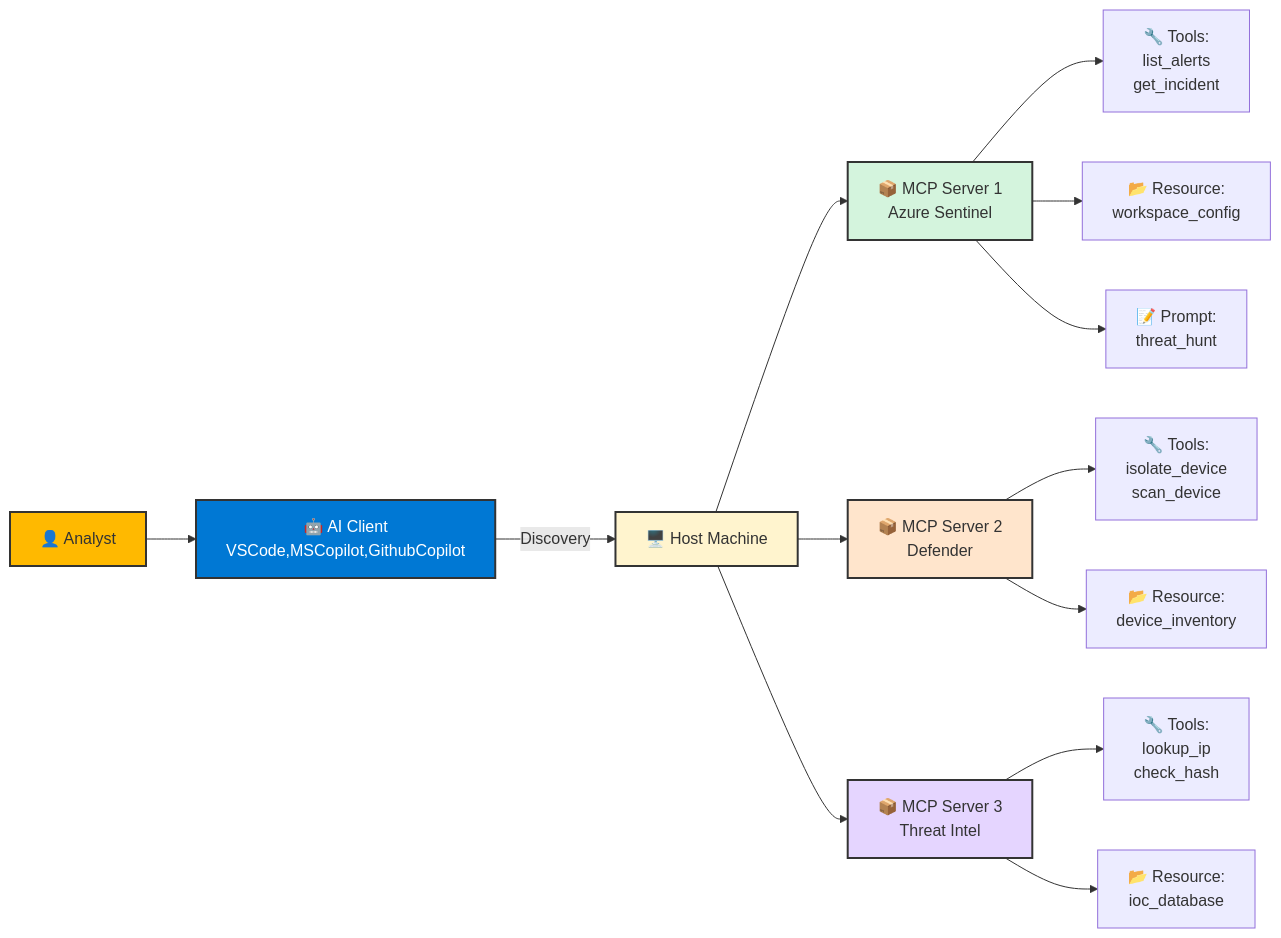
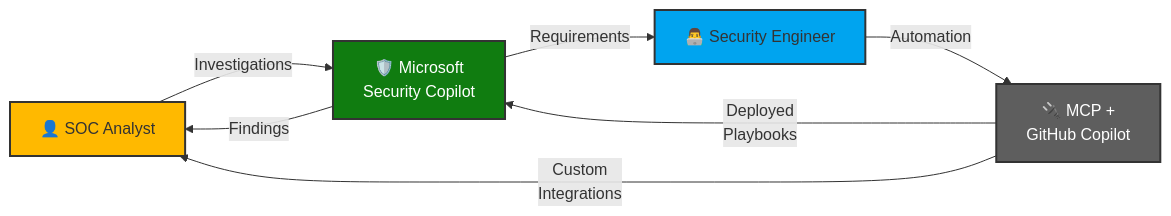
The third of 7 diagrams in MCP/RakeshDoc.md (RakeshPrasad21/Rakesh-Prasad), drawn with Mermaid before and after one commit. The commit also changed other lines of this file, not shown here.

````diff
--- a/MCP/RakeshDoc.md
+++ b/MCP/RakeshDoc.md
@@ -296,27 +423,16 @@
 ```mermaid
 graph LR
-    User[👤 Analyst] --> AI[🤖 AI Client<br/>VSCode,MSCopilot,GithubCopilot ]
+    Analyst[👤 SOC Analyst] -->|Investigations| MSC[🛡️ Microsoft<br/>Security Copilot]
+    Developer[👨‍💻 Security Engineer] -->|Automation| MCP[🔌 MCP +<br/>GitHub Copilot]
     
-    AI -->|Discovery| Host[🖥️ Host Machine]
+    MSC -->|Findings| Analyst
+    MSC -->|Requirements| Developer
     
-    Host --> S1[📦 MCP Server 1<br/>Azure Sentinel]
-    Host --> S2[📦 MCP Server 2<br/>Defender]
-    Host --> S3[📦 MCP Server 3<br/>Threat Intel]
+    MCP -->|Deployed<br/>Playbooks| MSC
+    MCP -->|Custom<br/>Integrations| Analyst
     
-    S1 --> T1[🔧 Tools:<br/>list_alerts<br/>get_incident]
-    S1 --> R1[📂 Resource:<br/>workspace_config]
-    S1 --> P1[📝 Prompt:<br/>threat_hunt]
-
-    S2 --> T2[🔧 Tools:<br/>isolate_device<br/>scan_device]
-    S2 --> R2[📂 Resource:<br/>device_inventory]
-    
-    S3 --> T3[🔧 Tools:<br/>lookup_ip<br/>check_hash]
-    S3 --> R3[📂 Resource:<br/>ioc_database]
-    
-    style User fill:#FFB900,stroke:#333,stroke-width:2px
-    style AI fill:#0078D4,stroke:#333,stroke-width:2px,color:#fff
-    style Host fill:#FFF4CE,stroke:#333,stroke-width:2px
-    style S1 fill:#D4F4DD,stroke:#333,stroke-width:2px
-    style S2 fill:#FFE5CC,stroke:#333,stroke-width:2px
-    style S3 fill:#E5D5FF,stroke:#333,stroke-width:2px
+    style Analyst fill:#FFB900,stroke:#333,stroke-width:2px
+    style Developer fill:#00A4EF,stroke:#333,stroke-width:2px
+    style MSC fill:#107C10,stroke:#333,stroke-width:2px,color:#fff
+    style MCP fill:#5E5E5E,stroke:#333,stroke-width:2px,color:#fff
 ```
````
